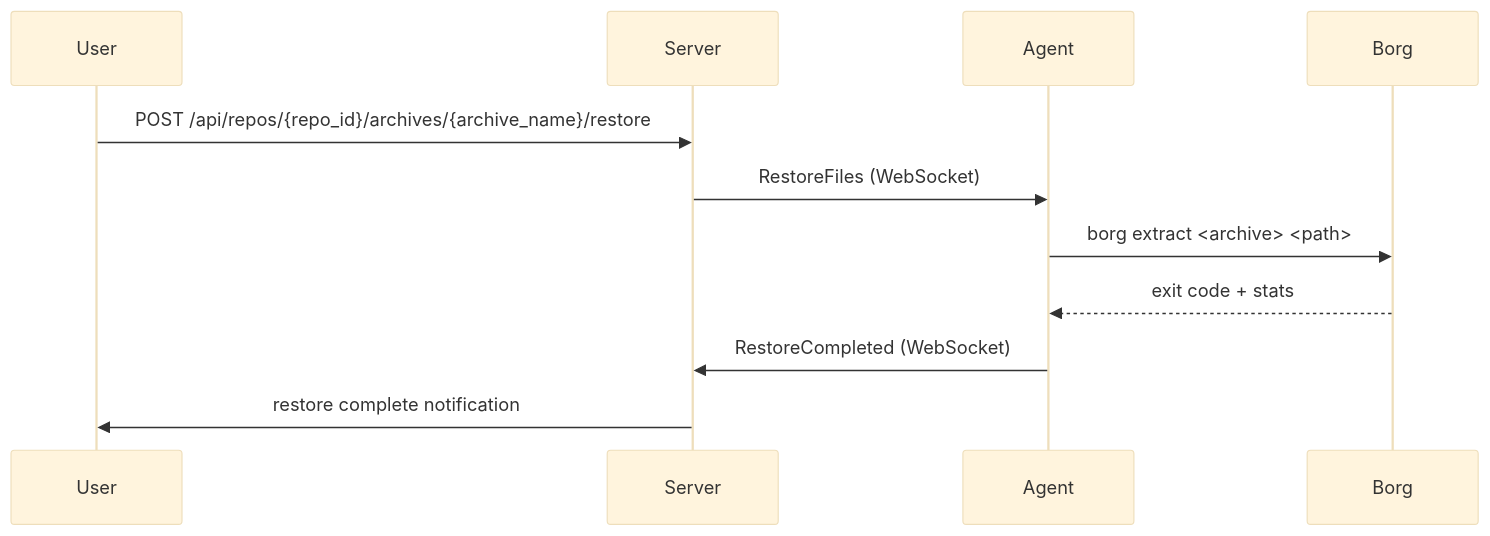
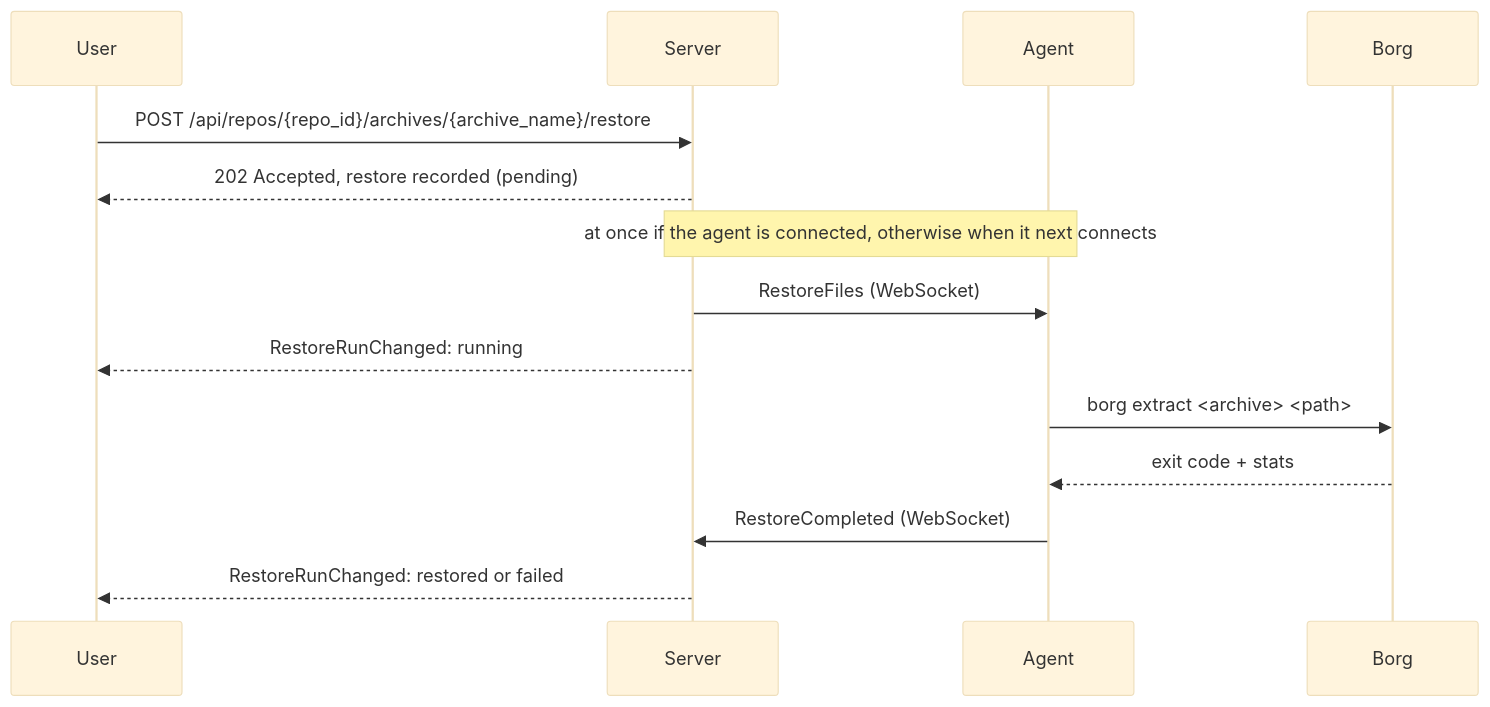
One commit to alexmohr/assimilate changed the diagram in docs/restore.md. Above: the diagram before and after it, drawn with Mermaid (base theme). The commit also changed other lines of this file and 68 other files, not shown here.

````diff
--- a/docs/restore.md
+++ b/docs/restore.md
@@ -62,14 +75,17 @@
 ```mermaid
 sequenceDiagram
     participant User
     participant Server
     participant Agent
     participant Borg
 
     User->>Server: POST /api/repos/{repo_id}/archives/{archive_name}/restore
+    Server-->>User: 202 Accepted, restore recorded (pending)
+    Note over Server,Agent: at once if the agent is connected, otherwise when it next connects
     Server->>Agent: RestoreFiles (WebSocket)
+    Server-->>User: RestoreRunChanged: running
     Agent->>Borg: borg extract <archive> <path>
     Borg-->>Agent: exit code + stats
     Agent->>Server: RestoreCompleted (WebSocket)
-    Server->>User: restore complete notification
+    Server-->>User: RestoreRunChanged: restored or failed
 ```
````
